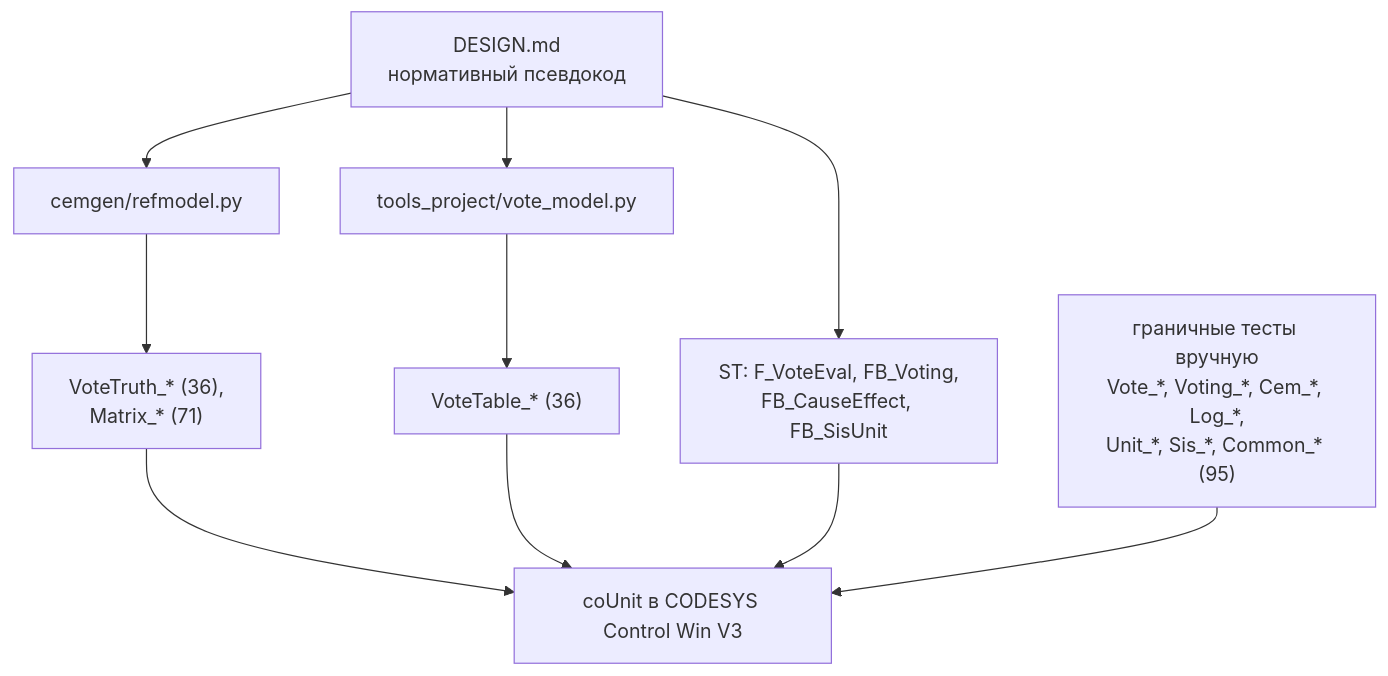
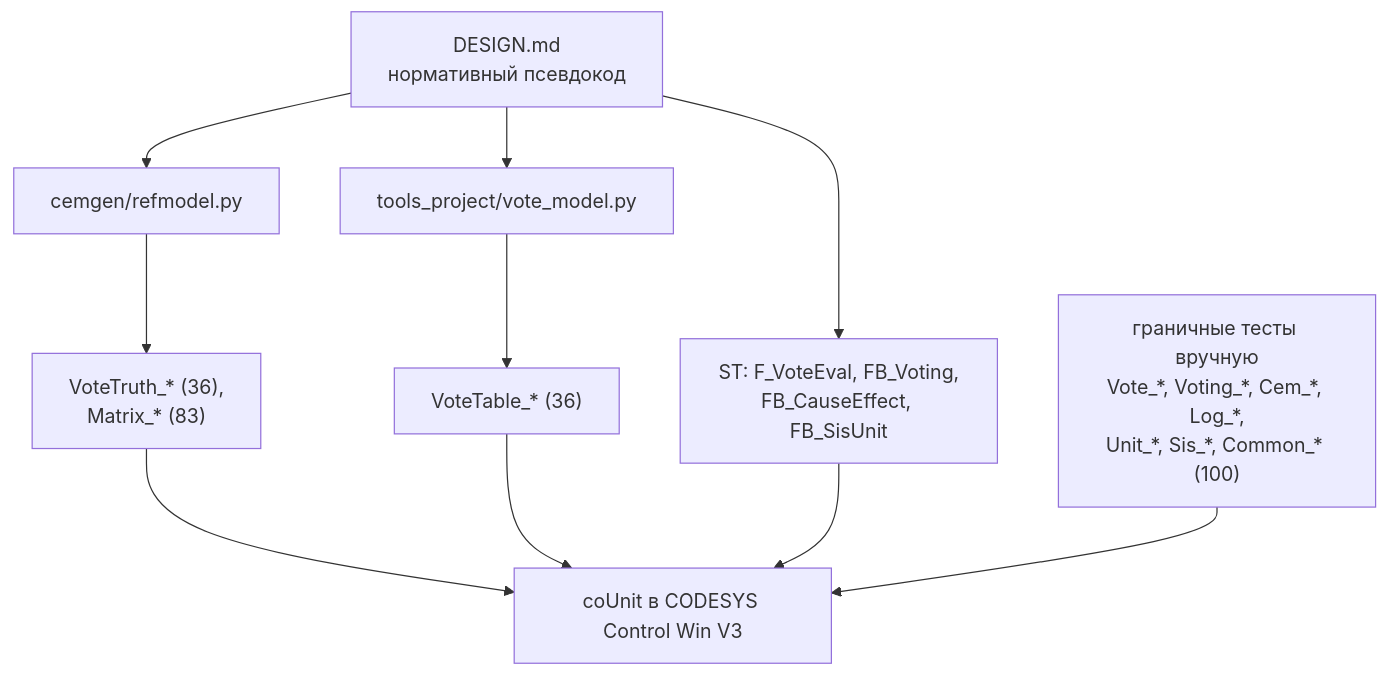
Before and after one commit to kr0nsch/sis-interlock-demo: the fourth of 4 diagrams in docs/ARCHITECTURE.md, drawn with Mermaid. The commit also changed other lines of this file and 383 other files, not shown here.

````diff
--- a/docs/ARCHITECTURE.md
+++ b/docs/ARCHITECTURE.md
@@ -114,13 +117,13 @@
 ```mermaid
 flowchart TB
     contract["DESIGN.md<br/>нормативный псевдокод"]
     contract --> stcode["ST: F_VoteEval, FB_Voting,<br/>FB_CauseEffect, FB_SisUnit"]
     contract --> ref["cemgen/refmodel.py"]
     contract --> vm["tools_project/vote_model.py"]
-    ref --> t1["VoteTruth_* (36),<br/>Matrix_* (71)"]
+    ref --> t1["VoteTruth_* (36),<br/>Matrix_* (83)"]
     vm --> t2["VoteTable_* (36)"]
     t1 --> run["coUnit в CODESYS Control Win V3"]
     t2 --> run
     stcode --> run
-    hand["граничные тесты вручную<br/>Vote_*, Voting_*, Cem_*, Log_*,<br/>Unit_*, Sis_*, Common_* (95)"] --> run
+    hand["граничные тесты вручную<br/>Vote_*, Voting_*, Cem_*, Log_*,<br/>Unit_*, Sis_*, Common_* (100)"] --> run
 ```
````
